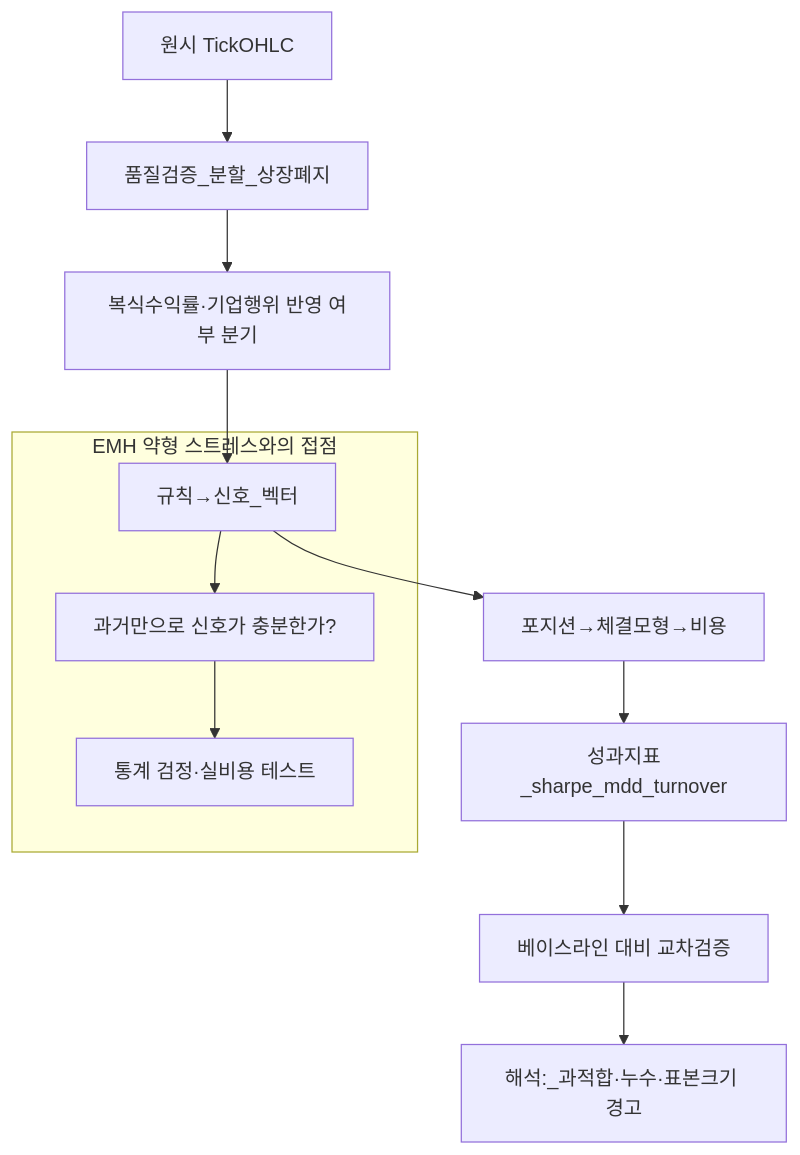
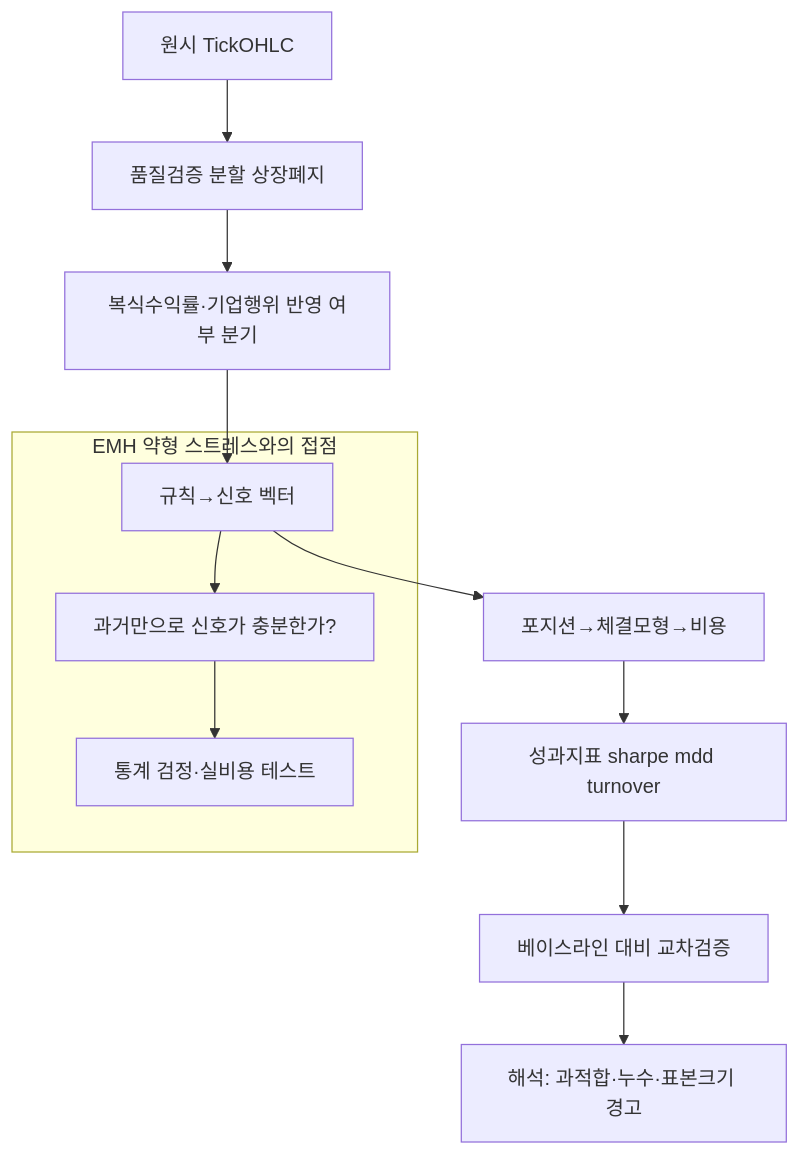
One commit to goldanghenry/Finances changed the first of 2 diagrams in 08-advanced/technical-analysis-critical.md. Above: the diagram before and after it, drawn with Mermaid. The commit also changed other lines of this file and 211 other files, not shown here.

````diff
--- a/08-advanced/technical-analysis-critical.md
+++ b/08-advanced/technical-analysis-critical.md
@@ -105,15 +132,15 @@
 ```mermaid
 flowchart TD
-  Raw[원시 TickOHLC] --> QC[품질검증_분할_상장폐지]
+  Raw[원시 TickOHLC] --> QC["품질검증 분할 상장폐지"]
   QC --> Adj[복식수익률·기업행위 반영 여부 분기]
-  Adj --> Sig[규칙→신호_벡터]
+  Adj --> Sig["규칙→신호 벡터"]
   Sig --> Sim[포지션→체결모형→비용]
-  Sim --> Met[성과지표_sharpe_mdd_turnover]
+  Sim --> Met["성과지표 sharpe mdd turnover"]
   Met --> Cmp[베이스라인 대비 교차검증]
-  Cmp --> Risk[해석:_과적합·누수·표본크기 경고]
+  Cmp --> Risk["해석: 과적합·누수·표본크기 경고"]
 
   subgraph EMH 약형 스트레스와의 접점
     Sig --> Q[과거만으로 신호가 충분한가?]
     Q --> A[통계 검정·실비용 테스트]
   end
 ```
````
